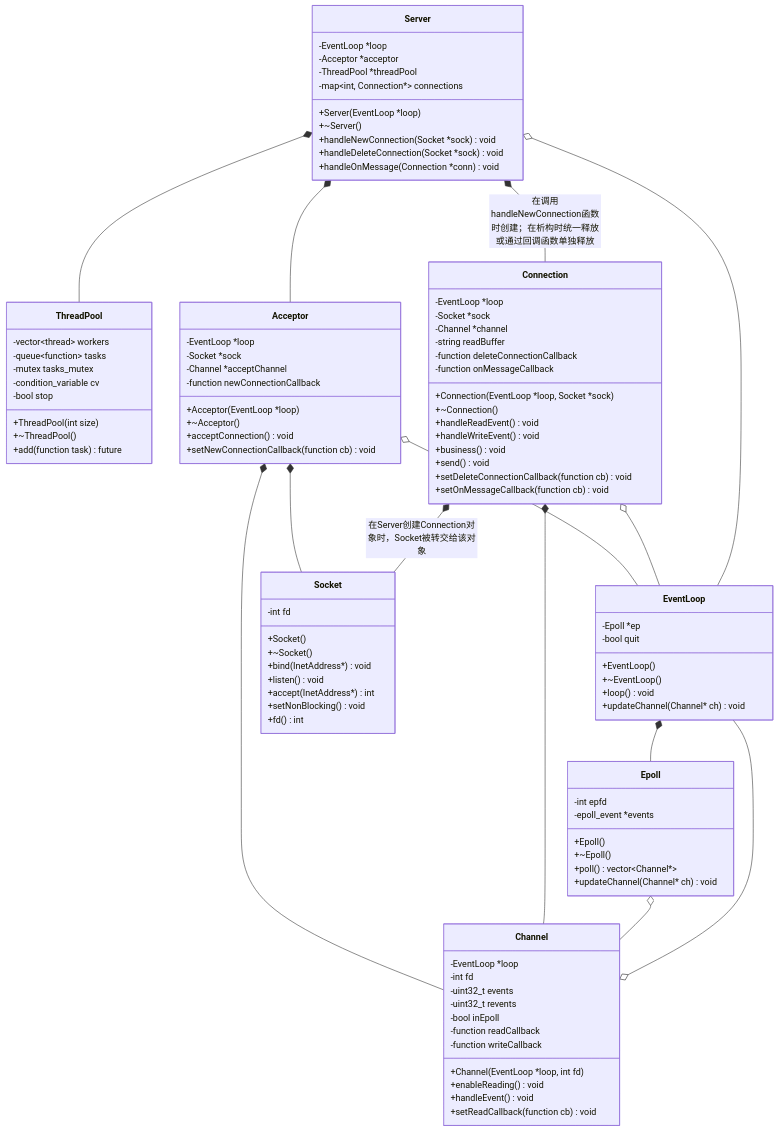
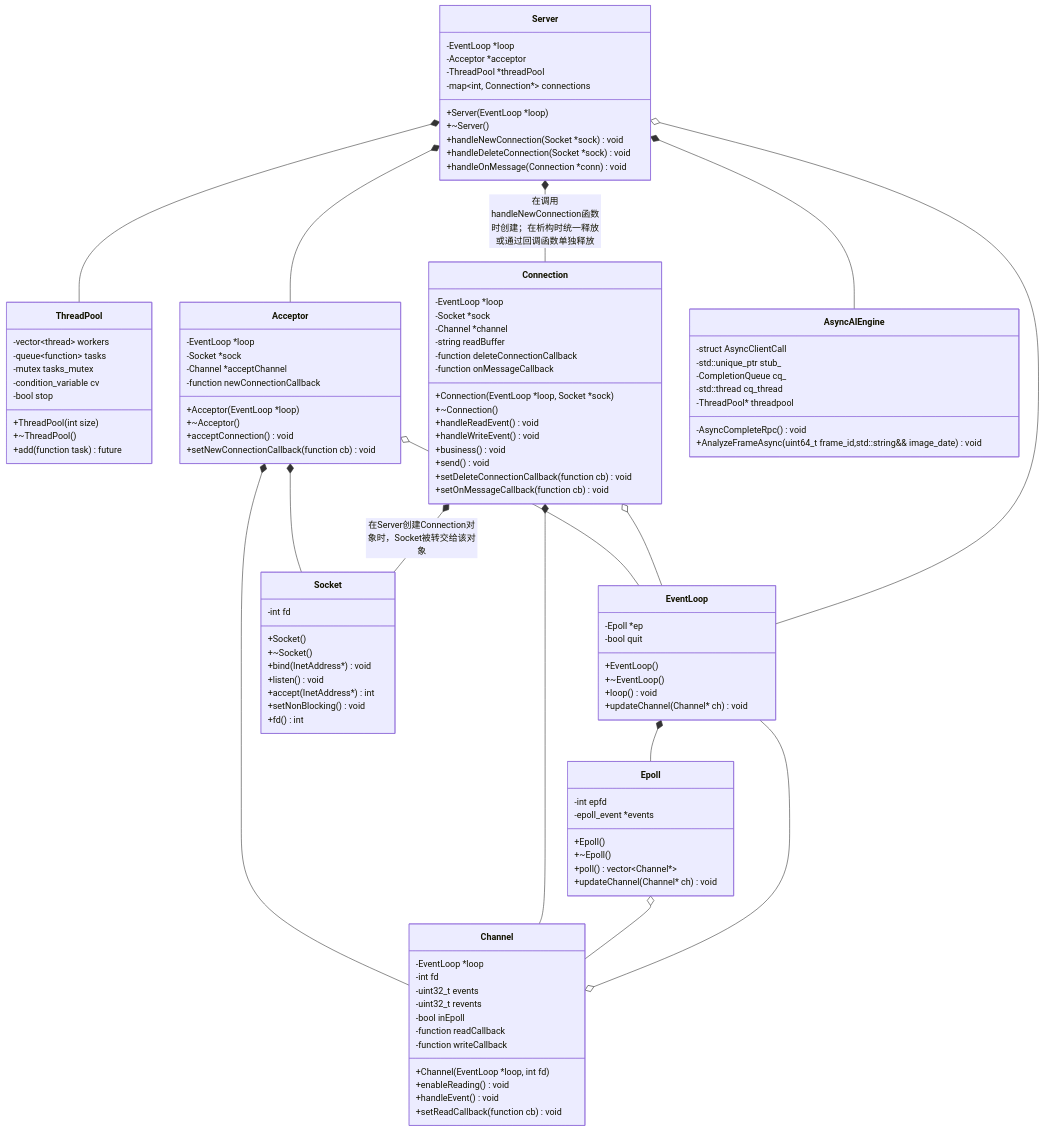
One commit to WinlorZZ/VisionReactor-CPP changed the diagram in doc/Class Diagram.md. Above: the diagram before and after it, drawn with Mermaid.

Commit message:
【文档】 更新类图，添加 AsyncAIEngine 类及与 Server 的关联。

```diff
--- a/doc/Class Diagram.md
+++ b/doc/Class Diagram.md
@@ -96,7 +96,15 @@
         +setDeleteConnectionCallback(function cb) void
         +setOnMessageCallback(function cb) void
     }
-
+	class AsyncAIEngine{
+		-struct AsyncClientCall
+		-std::unique_ptr<VisionAI::Stub> stub_
+		-CompletionQueue cq_
+		-std::thread cq_thread
+		-ThreadPool* threadpool
+		-AsyncCompleteRpc() void
+		+AnalyzeFrameAsync(uint64_t frame_id,std::string&& image_date) void
+	}
     %% =======================
     %% 中央控制层 (Controller)
     %% =======================
@@ -127,6 +135,7 @@
     Acceptor *-- Channel
     Acceptor o-- EventLoop
     
+    
     %% 4. Connection 拥有 Socket 和 Channel
     Connection *-- Socket : 在Server创建Connection对象时，Socket被转交给该对象
     Connection *-- Channel
@@ -137,6 +146,7 @@
     Server *-- ThreadPool
     Server *-- Connection : 在调用handleNewConnection函数时创建；在析构时统一释放或通过回调函数单独释放
     Server o-- EventLoop
+    Server *-- AsyncAIEngine
 
     %% 6. Epoll 实际上持有 Channel 指针 (通过 epoll_event.data.ptr)
     Epoll o-- Channel 
```
